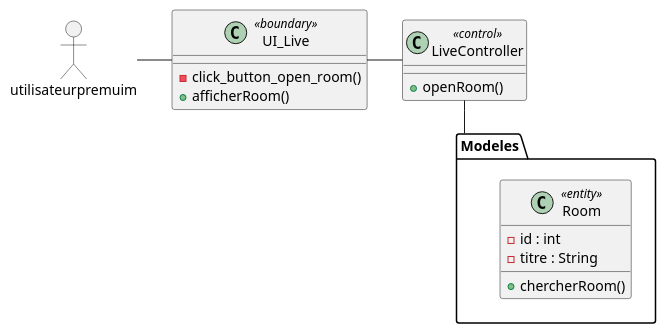
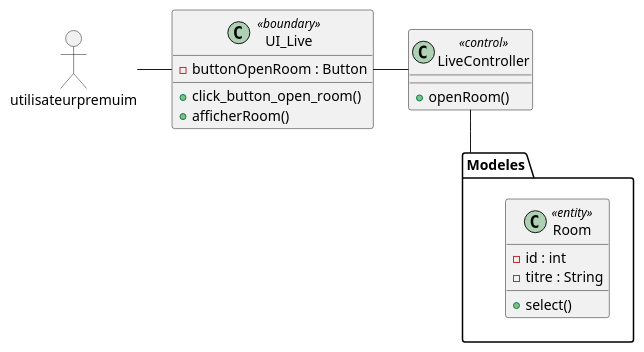
One commit to benslimenmohamedaziz3-bot/diagrammes changed the diagram in Desktop/rapport/classe/rejoindreroom.puml. Above: the diagram before and after it, drawn with PlantUML. The commit also changed 17 other files, not shown here.

```diff
--- a/Desktop/rapport/classe/rejoindreroom.puml
+++ b/Desktop/rapport/classe/rejoindreroom.puml
@@ -1,28 +1,29 @@
 @startuml
 allowmixing
 
 actor "utilisateurpremuim" as Utilisateurpremium
 
 class UI_Live <<boundary>> {
-    -click_button_open_room()
+  -buttonOpenRoom : Button
+  + click_button_open_room()
   + afficherRoom()
 }
 
 class LiveController <<control>> {
   + openRoom()
 }
 
 package "Modeles" {
 class Room <<entity>> {
   - id : int
   - titre : String
-  + chercherRoom()
+  + select()
 }
 
 }
 
 Utilisateurpremium -right- UI_Live
 UI_Live -right- LiveController
 LiveController -- Modeles
 
 @enduml
```
